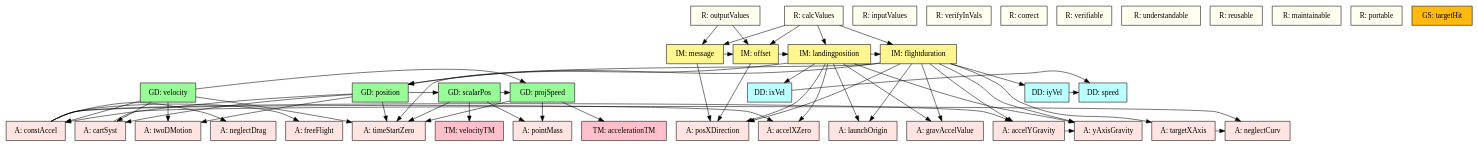
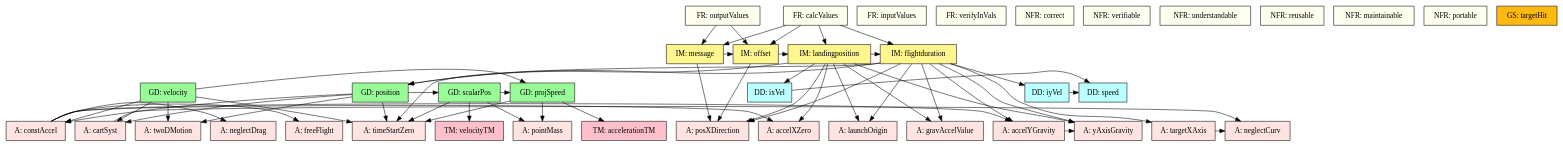
One commit to JacquesCarette/Drasil changed the diagram in code/stable/projectile/TraceyGraph/allvsall.dot. Above: the diagram before and after it, drawn with Graphviz. The commit also changed 27 other files, not shown here.

Commit message:
fixing graph functions

```diff
--- a/code/stable/projectile/TraceyGraph/allvsall.dot
+++ b/code/stable/projectile/TraceyGraph/allvsall.dot
@@ -1,144 +1,144 @@
 digraph allvsall {
 	cartSyst -> neglectCurv;
 	targetXAxis -> neglectCurv;
 	constAccel -> accelXZero;
 	constAccel -> accelYGravity;
 	constAccel -> neglectDrag;
 	constAccel -> freeFlight;
 	accelYGravity -> yAxisGravity;
 	ixVel -> speed;
 	iyVel -> speed;
 	projSpeed -> pointMass;
 	projSpeed -> timeStartZero;
 	projSpeed -> accelerationTM;
 	scalarPos -> pointMass;
 	scalarPos -> timeStartZero;
 	scalarPos -> velocityTM;
 	scalarPos -> projSpeed;
 	velocity -> twoDMotion;
 	velocity -> cartSyst;
 	velocity -> constAccel;
 	velocity -> timeStartZero;
 	velocity -> projSpeed;
 	position -> twoDMotion;
 	position -> cartSyst;
 	position -> constAccel;
 	position -> timeStartZero;
 	position -> scalarPos;
 	flightduration -> yAxisGravity;
 	flightduration -> launchOrigin;
 	flightduration -> targetXAxis;
 	flightduration -> posXDirection;
 	flightduration -> accelYGravity;
 	flightduration -> timeStartZero;
 	flightduration -> gravAccelValue;
 	flightduration -> iyVel;
 	flightduration -> position;
 	landingposition -> yAxisGravity;
 	landingposition -> launchOrigin;
 	landingposition -> posXDirection;
 	landingposition -> accelXZero;
 	landingposition -> gravAccelValue;
 	landingposition -> ixVel;
 	landingposition -> position;
 	landingposition -> flightduration;
 	offset -> posXDirection;
 	offset -> landingposition;
 	message -> posXDirection;
 	message -> offset;
 	calcValues -> flightduration;
 	calcValues -> landingposition;
 	calcValues -> offset;
 	calcValues -> message;
 	outputValues -> offset;
 	outputValues -> message;
 
 
 	twoDMotion	[shape=box, color=black, style=filled, fillcolor=mistyrose, label="A: twoDMotion"];
 	cartSyst	[shape=box, color=black, style=filled, fillcolor=mistyrose, label="A: cartSyst"];
 	yAxisGravity	[shape=box, color=black, style=filled, fillcolor=mistyrose, label="A: yAxisGravity"];
 	launchOrigin	[shape=box, color=black, style=filled, fillcolor=mistyrose, label="A: launchOrigin"];
 	targetXAxis	[shape=box, color=black, style=filled, fillcolor=mistyrose, label="A: targetXAxis"];
 	posXDirection	[shape=box, color=black, style=filled, fillcolor=mistyrose, label="A: posXDirection"];
 	constAccel	[shape=box, color=black, style=filled, fillcolor=mistyrose, label="A: constAccel"];
 	accelXZero	[shape=box, color=black, style=filled, fillcolor=mistyrose, label="A: accelXZero"];
 	accelYGravity	[shape=box, color=black, style=filled, fillcolor=mistyrose, label="A: accelYGravity"];
 	neglectDrag	[shape=box, color=black, style=filled, fillcolor=mistyrose, label="A: neglectDrag"];
 	pointMass	[shape=box, color=black, style=filled, fillcolor=mistyrose, label="A: pointMass"];
 	freeFlight	[shape=box, color=black, style=filled, fillcolor=mistyrose, label="A: freeFlight"];
 	neglectCurv	[shape=box, color=black, style=filled, fillcolor=mistyrose, label="A: neglectCurv"];
 	timeStartZero	[shape=box, color=black, style=filled, fillcolor=mistyrose, label="A: timeStartZero"];
 	gravAccelValue	[shape=box, color=black, style=filled, fillcolor=mistyrose, label="A: gravAccelValue"];
 
 	subgraph A {
 	rank="same"
 	{twoDMotion, cartSyst, yAxisGravity, launchOrigin, targetXAxis, posXDirection, constAccel, accelXZero, accelYGravity, neglectDrag, pointMass, freeFlight, neglectCurv, timeStartZero, gravAccelValue}
 	}
 
 	speed	[shape=box, color=black, style=filled, fillcolor=paleturquoise1, label="DD: speed"];
 	ixVel	[shape=box, color=black, style=filled, fillcolor=paleturquoise1, label="DD: ixVel"];
 	iyVel	[shape=box, color=black, style=filled, fillcolor=paleturquoise1, label="DD: iyVel"];
 
 	subgraph DD {
 	rank="same"
 	{speed, ixVel, iyVel}
 	}
 
 	accelerationTM	[shape=box, color=black, style=filled, fillcolor=pink, label="TM: accelerationTM"];
 	velocityTM	[shape=box, color=black, style=filled, fillcolor=pink, label="TM: velocityTM"];
 
 	subgraph TM {
 	rank="same"
 	{accelerationTM, velocityTM}
 	}
 
 	projSpeed	[shape=box, color=black, style=filled, fillcolor=palegreen, label="GD: projSpeed"];
 	scalarPos	[shape=box, color=black, style=filled, fillcolor=palegreen, label="GD: scalarPos"];
 	velocity	[shape=box, color=black, style=filled, fillcolor=palegreen, label="GD: velocity"];
 	position	[shape=box, color=black, style=filled, fillcolor=palegreen, label="GD: position"];
 
 	subgraph GD {
 	rank="same"
 	{projSpeed, scalarPos, velocity, position}
 	}
 
 	flightduration	[shape=box, color=black, style=filled, fillcolor=khaki1, label="IM: flightduration"];
 	landingposition	[shape=box, color=black, style=filled, fillcolor=khaki1, label="IM: landingposition"];
 	offset	[shape=box, color=black, style=filled, fillcolor=khaki1, label="IM: offset"];
 	message	[shape=box, color=black, style=filled, fillcolor=khaki1, label="IM: message"];
 
 	subgraph IM {
 	rank="same"
 	{flightduration, landingposition, offset, message}
 	}
 
-	inputValues	[shape=box, color=black, style=filled, fillcolor=ivory, label="R: inputValues"];
-	verifyInVals	[shape=box, color=black, style=filled, fillcolor=ivory, label="R: verifyInVals"];
-	calcValues	[shape=box, color=black, style=filled, fillcolor=ivory, label="R: calcValues"];
-	outputValues	[shape=box, color=black, style=filled, fillcolor=ivory, label="R: outputValues"];
-	correct	[shape=box, color=black, style=filled, fillcolor=ivory, label="R: correct"];
-	verifiable	[shape=box, color=black, style=filled, fillcolor=ivory, label="R: verifiable"];
-	understandable	[shape=box, color=black, style=filled, fillcolor=ivory, label="R: understandable"];
-	reusable	[shape=box, color=black, style=filled, fillcolor=ivory, label="R: reusable"];
-	maintainable	[shape=box, color=black, style=filled, fillcolor=ivory, label="R: maintainable"];
-	portable	[shape=box, color=black, style=filled, fillcolor=ivory, label="R: portable"];
+	inputValues	[shape=box, color=black, style=filled, fillcolor=ivory, label="FR: inputValues"];
+	verifyInVals	[shape=box, color=black, style=filled, fillcolor=ivory, label="FR: verifyInVals"];
+	calcValues	[shape=box, color=black, style=filled, fillcolor=ivory, label="FR: calcValues"];
+	outputValues	[shape=box, color=black, style=filled, fillcolor=ivory, label="FR: outputValues"];
+	correct	[shape=box, color=black, style=filled, fillcolor=ivory, label="NFR: correct"];
+	verifiable	[shape=box, color=black, style=filled, fillcolor=ivory, label="NFR: verifiable"];
+	understandable	[shape=box, color=black, style=filled, fillcolor=ivory, label="NFR: understandable"];
+	reusable	[shape=box, color=black, style=filled, fillcolor=ivory, label="NFR: reusable"];
+	maintainable	[shape=box, color=black, style=filled, fillcolor=ivory, label="NFR: maintainable"];
+	portable	[shape=box, color=black, style=filled, fillcolor=ivory, label="NFR: portable"];
 
 	subgraph R {
 	rank="same"
 	{inputValues, verifyInVals, calcValues, outputValues, correct, verifiable, understandable, reusable, maintainable, portable}
 	}
 
 	targetHit	[shape=box, color=black, style=filled, fillcolor=darkgoldenrod1, label="GS: targetHit"];
 
 	subgraph GS {
 	rank="same"
 	{targetHit}
 	}
 
 
 	subgraph C {
 	rank="same"
 	{}
 	}
 
 }
```
